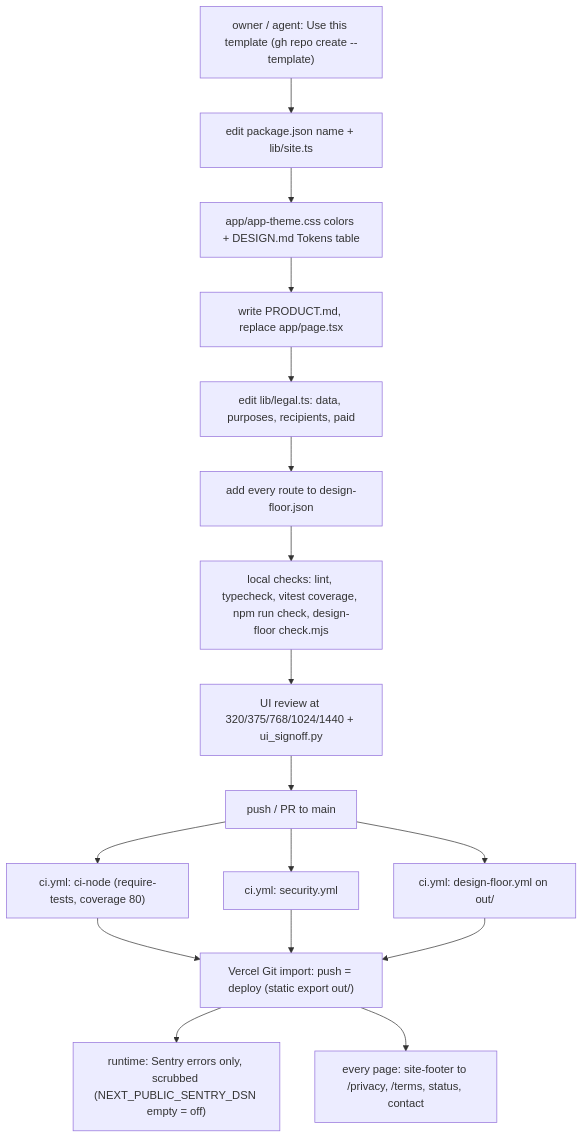
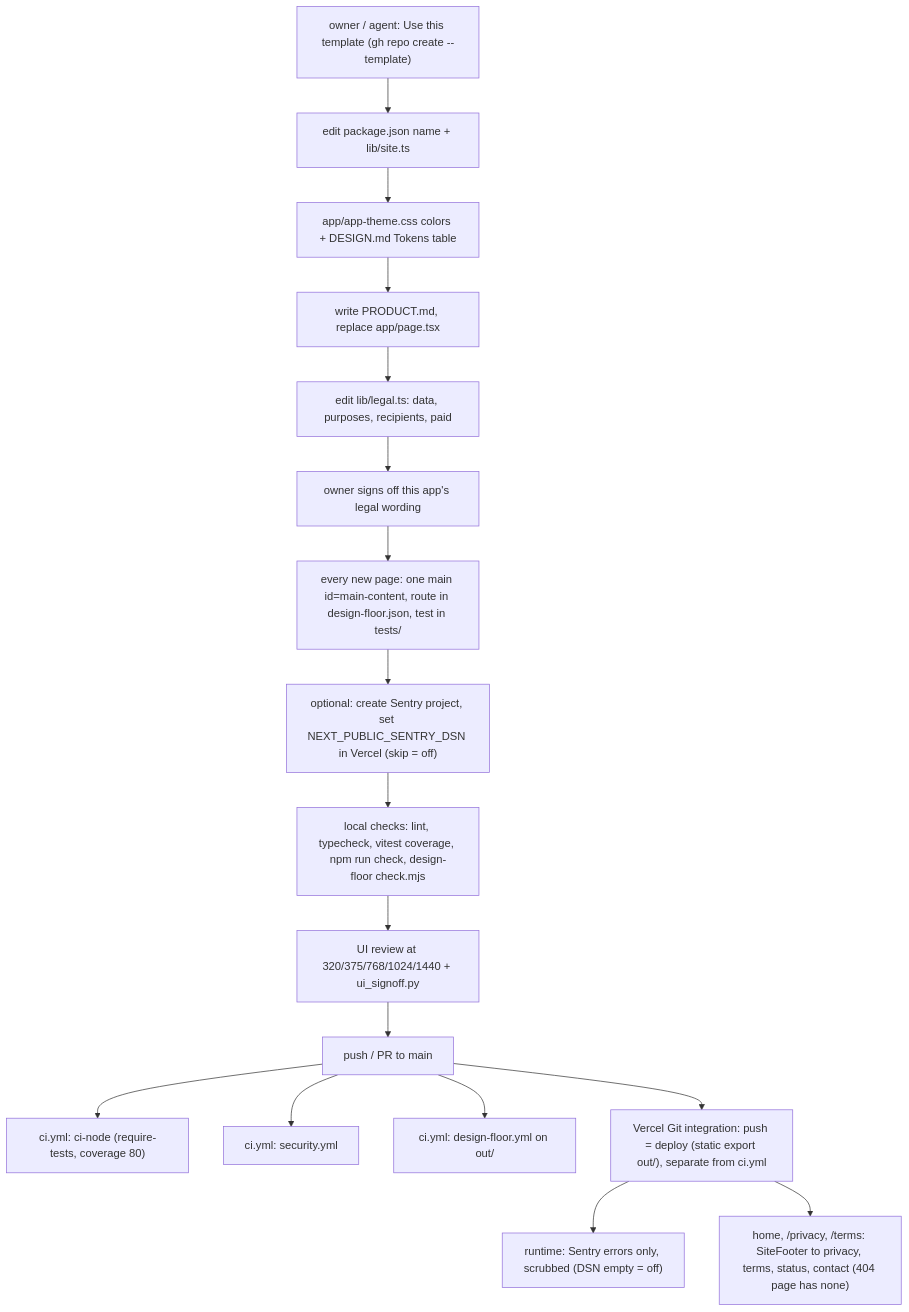
The diagram in docs/diagrams/01-business-process.md (bookchaowalit/web-starter), drawn with Mermaid before and after one commit. The commit also changed other lines of this file, not shown here.

Commit message:
docs: fix As-Is/To-Be business process per Codex review (01-business-process)
Match the diagrams to the code for the review findings: approval and
ordering gates, failure and retry paths, and data boundaries. Owner
decisions are recorded as Gap rows instead of inventing behaviour.

````diff
--- a/docs/diagrams/01-business-process.md
+++ b/docs/diagrams/01-business-process.md
@@ -9,19 +9,19 @@
 ```mermaid
 flowchart TD
   NEW["owner / agent: Use this template (gh repo create --template)"] --> RENAME["edit package.json name + lib/site.ts"]
   RENAME --> THEME["app/app-theme.css colors + DESIGN.md Tokens table"]
   THEME --> PROD["write PRODUCT.md, replace app/page.tsx"]
   PROD --> LEGAL["edit lib/legal.ts: data, purposes, recipients, paid"]
-  LEGAL --> ROUTES["add every route to design-floor.json"]
-  ROUTES --> LOCAL["local checks: lint, typecheck, vitest coverage, npm run check, design-floor check.mjs"]
+  LEGAL --> SIGN["owner signs off this app's legal wording"]
+  SIGN --> ROUTES["every new page: one main id=main-content, route in design-floor.json, test in tests/"]
+  ROUTES --> SDSN["optional: create Sentry project, set NEXT_PUBLIC_SENTRY_DSN in Vercel (skip = off)"]
+  SDSN --> LOCAL["local checks: lint, typecheck, vitest coverage, npm run check, design-floor check.mjs"]
   LOCAL --> UI["UI review at 320/375/768/1024/1440 + ui_signoff.py"]
   UI --> PUSH["push / PR to main"]
   PUSH --> CIW["ci.yml: ci-node (require-tests, coverage 80)"]
   PUSH --> CIS["ci.yml: security.yml"]
   PUSH --> CIF["ci.yml: design-floor.yml on out/"]
-  CIW --> VC["Vercel Git import: push = deploy (static export out/)"]
-  CIS --> VC
-  CIF --> VC
-  VC --> SENTRY["runtime: Sentry errors only, scrubbed (NEXT_PUBLIC_SENTRY_DSN empty = off)"]
-  VC --> FOOT["every page: site-footer to /privacy, /terms, status, contact"]
+  PUSH --> VC["Vercel Git integration: push = deploy (static export out/), separate from ci.yml"]
+  VC --> SENTRY["runtime: Sentry errors only, scrubbed (DSN empty = off)"]
+  VC --> FOOT["home, /privacy, /terms: SiteFooter to privacy, terms, status, contact (404 page has none)"]
 ```
````
